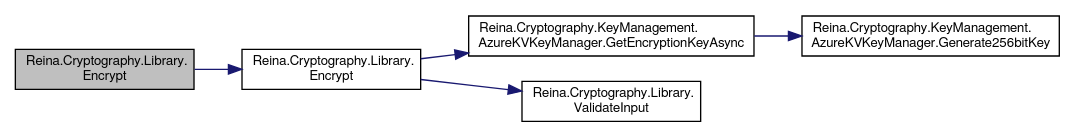
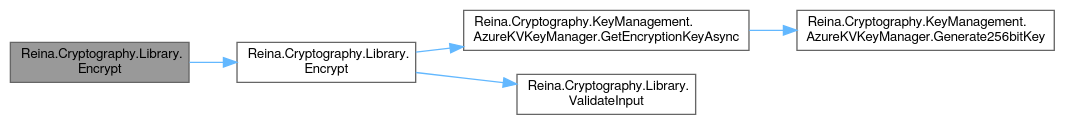
Before and after one commit to fkitsantas/Reina.Cryptography: the diagram in class_reina_1_1_cryptography_1_1_library_a2dadbd8156744b46de813015772c5b8b_cgraph.dot, drawn with Graphviz. The commit also changed 225 other files, not shown here.

```diff
--- a/class_reina_1_1_cryptography_1_1_library_a2dadbd8156744b46de813015772c5b8b_cgraph.dot
+++ b/class_reina_1_1_cryptography_1_1_library_a2dadbd8156744b46de813015772c5b8b_cgraph.dot
@@ -1,16 +1,17 @@
 digraph "Reina.Cryptography.Library.Encrypt"
 {
  // LATEX_PDF_SIZE
-  edge [fontname="FreeSans",fontsize="10",labelfontname="FreeSans",labelfontsize="10"];
-  node [fontname="FreeSans",fontsize="10",shape=record];
+  bgcolor="transparent";
+  edge [fontname=FreeSans,fontsize=10,labelfontname=FreeSans,labelfontsize=10];
+  node [fontname=FreeSans,fontsize=10,shape=box,height=0.2,width=0.4];
   rankdir="LR";
-  Node1 [label="Reina.Cryptography.Library.\lEncrypt",height=0.2,width=0.4,color="black", fillcolor="grey75", style="filled", fontcolor="black",tooltip="Encrypts a plaintext string synchronously using a specified key retrieved asynchronously from Azure K..."];
-  Node1 -> Node2 [color="midnightblue",fontsize="10",style="solid",fontname="FreeSans"];
-  Node2 [label="Reina.Cryptography.Library.\lEncrypt",height=0.2,width=0.4,color="black", fillcolor="white", style="filled",URL="$class_reina_1_1_cryptography_1_1_library.html#ab51581b077aa84ccfcfd9b753dd897e6",tooltip="Encrypts a plaintext string using three distinct keys for Twofish, Serpent, and AES encryption algori..."];
-  Node2 -> Node3 [color="midnightblue",fontsize="10",style="solid",fontname="FreeSans"];
-  Node3 [label="Reina.Cryptography.KeyManagement.\lAzureKVKeyManager.GetEncryptionKeyAsync",height=0.2,width=0.4,color="black", fillcolor="white", style="filled",URL="$class_reina_1_1_cryptography_1_1_key_management_1_1_azure_k_v_key_manager.html#a39bbf93ebf6101c46650aac22f0498bc",tooltip="Asynchronously retrieves an encryption key from Azure Key Vault or the local cache."];
-  Node3 -> Node4 [color="midnightblue",fontsize="10",style="solid",fontname="FreeSans"];
-  Node4 [label="Reina.Cryptography.KeyManagement.\lAzureKVKeyManager.Generate256bitKey",height=0.2,width=0.4,color="black", fillcolor="white", style="filled",URL="$class_reina_1_1_cryptography_1_1_key_management_1_1_azure_k_v_key_manager.html#a1b60e90e93824200aff3acad9b8a103f",tooltip="Generates a new 256-bit cryptographic key."];
-  Node2 -> Node5 [color="midnightblue",fontsize="10",style="solid",fontname="FreeSans"];
-  Node5 [label="Reina.Cryptography.Library.\lValidateInput",height=0.2,width=0.4,color="black", fillcolor="white", style="filled",URL="$class_reina_1_1_cryptography_1_1_library.html#ac5f3c144003488e101820b42d493ad1f",tooltip="Validates the input string and key names, ensuring they are not null or empty and adhere to the expec..."];
+  Node1 [id="Node000001",label="Reina.Cryptography.Library.\lEncrypt",height=0.2,width=0.4,color="gray40", fillcolor="grey60", style="filled", fontcolor="black",tooltip="Encrypts a plaintext string synchronously using a specified key retrieved asynchronously from Azure K..."];
+  Node1 -> Node2 [id="edge1_Node000001_Node000002",color="steelblue1",style="solid",tooltip=" "];
+  Node2 [id="Node000002",label="Reina.Cryptography.Library.\lEncrypt",height=0.2,width=0.4,color="grey40", fillcolor="white", style="filled",URL="$class_reina_1_1_cryptography_1_1_library.html#ab51581b077aa84ccfcfd9b753dd897e6",tooltip="Encrypts a plaintext string using three distinct keys for Twofish, Serpent, and AES encryption algori..."];
+  Node2 -> Node3 [id="edge2_Node000002_Node000003",color="steelblue1",style="solid",tooltip=" "];
+  Node3 [id="Node000003",label="Reina.Cryptography.KeyManagement.\lAzureKVKeyManager.GetEncryptionKeyAsync",height=0.2,width=0.4,color="grey40", fillcolor="white", style="filled",URL="$class_reina_1_1_cryptography_1_1_key_management_1_1_azure_k_v_key_manager.html#a48457dd60e2243549a799ebaa8008ed5",tooltip="Asynchronously retrieves an encryption key from Azure Key Vault or the local cache."];
+  Node3 -> Node4 [id="edge3_Node000003_Node000004",color="steelblue1",style="solid",tooltip=" "];
+  Node4 [id="Node000004",label="Reina.Cryptography.KeyManagement.\lAzureKVKeyManager.Generate256bitKey",height=0.2,width=0.4,color="grey40", fillcolor="white", style="filled",URL="$class_reina_1_1_cryptography_1_1_key_management_1_1_azure_k_v_key_manager.html#aa6d24f34039e3f3a396f2d00c5beeaaa",tooltip="Generates a new 256-bit cryptographic key."];
+  Node2 -> Node5 [id="edge4_Node000002_Node000005",color="steelblue1",style="solid",tooltip=" "];
+  Node5 [id="Node000005",label="Reina.Cryptography.Library.\lValidateInput",height=0.2,width=0.4,color="grey40", fillcolor="white", style="filled",URL="$class_reina_1_1_cryptography_1_1_library.html#ac5f3c144003488e101820b42d493ad1f",tooltip="Validates the input string and key names, ensuring they are not null or empty and adhere to the expec..."];
 }
```
